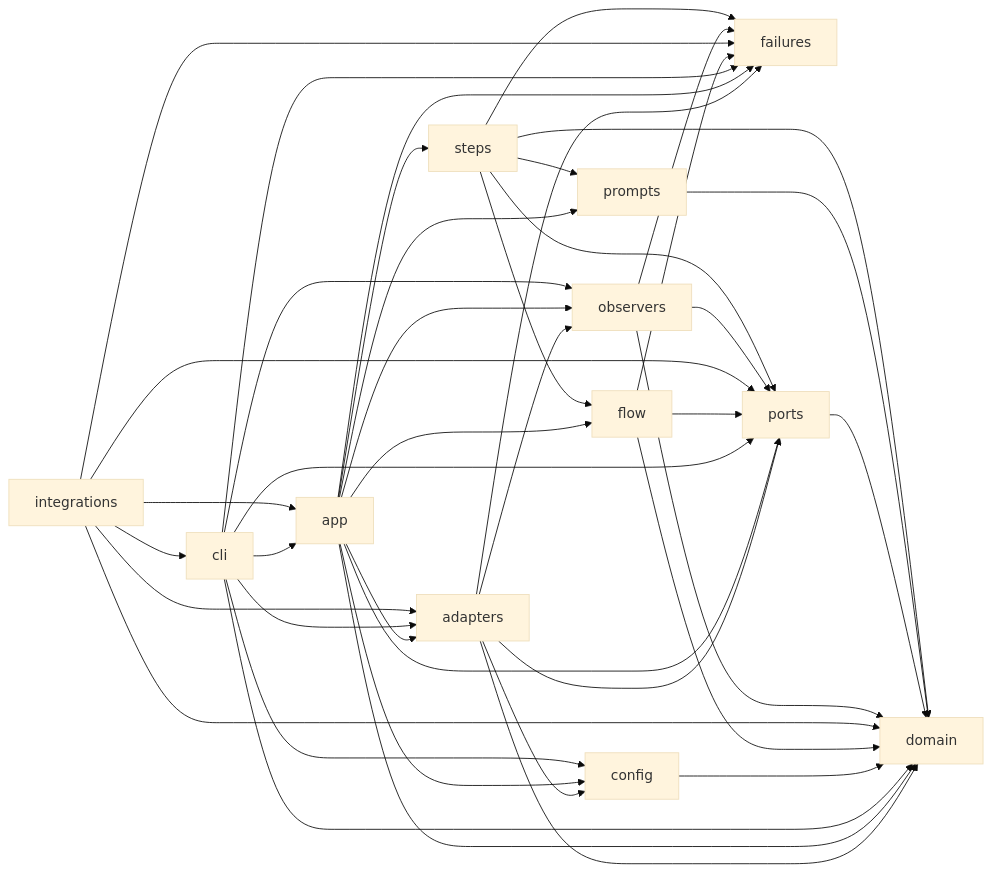
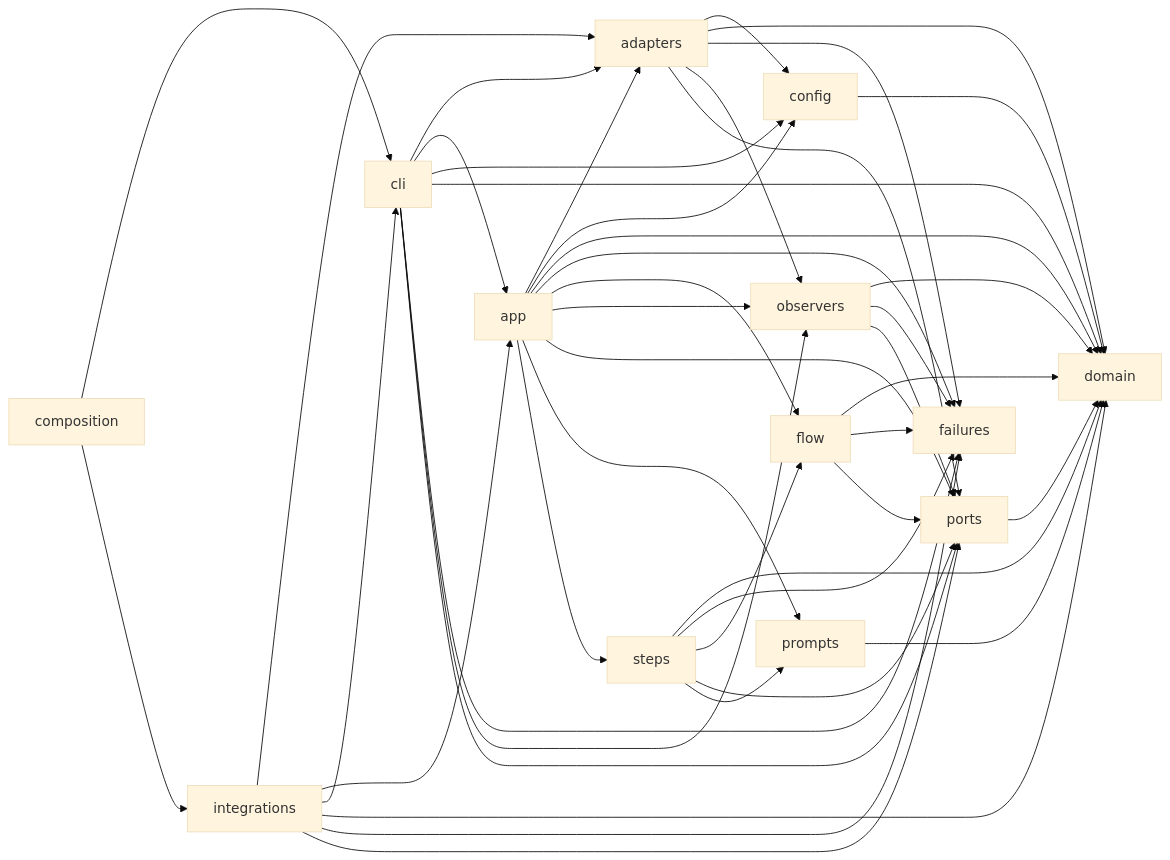
Before and after one commit to ygrishajev/jig: the second of 2 diagrams in docs/workflow-ownership.md, drawn with Mermaid (base theme). The commit also changed other lines of this file and 15 other files, not shown here.

````diff
--- a/docs/workflow-ownership.md
+++ b/docs/workflow-ownership.md
@@ -276,44 +276,46 @@
 ```mermaid
 flowchart LR
   adapters --> config
   adapters --> domain
   adapters --> failures
   adapters --> observers
   adapters --> ports
   app --> adapters
   app --> config
   app --> domain
   app --> failures
   app --> flow
   app --> observers
   app --> ports
   app --> prompts
   app --> steps
   cli --> adapters
   cli --> app
   cli --> config
   cli --> domain
   cli --> failures
   cli --> observers
   cli --> ports
+  composition --> cli
+  composition --> integrations
   config --> domain
   flow --> domain
   flow --> failures
   flow --> ports
   integrations --> adapters
   integrations --> app
   integrations --> cli
   integrations --> domain
   integrations --> failures
   integrations --> ports
   observers --> domain
   observers --> failures
   observers --> ports
   ports --> domain
   prompts --> domain
   steps --> domain
   steps --> failures
   steps --> flow
   steps --> ports
   steps --> prompts
 ```
````
